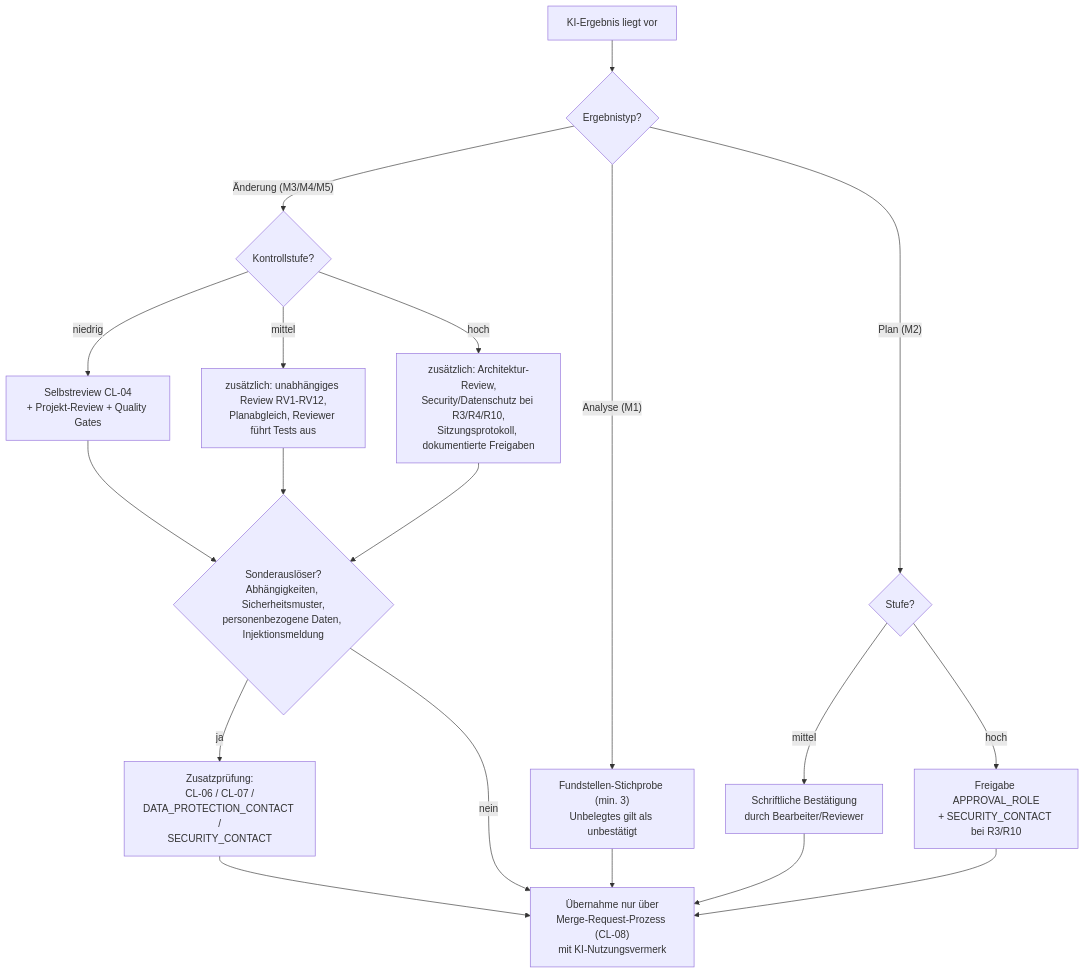
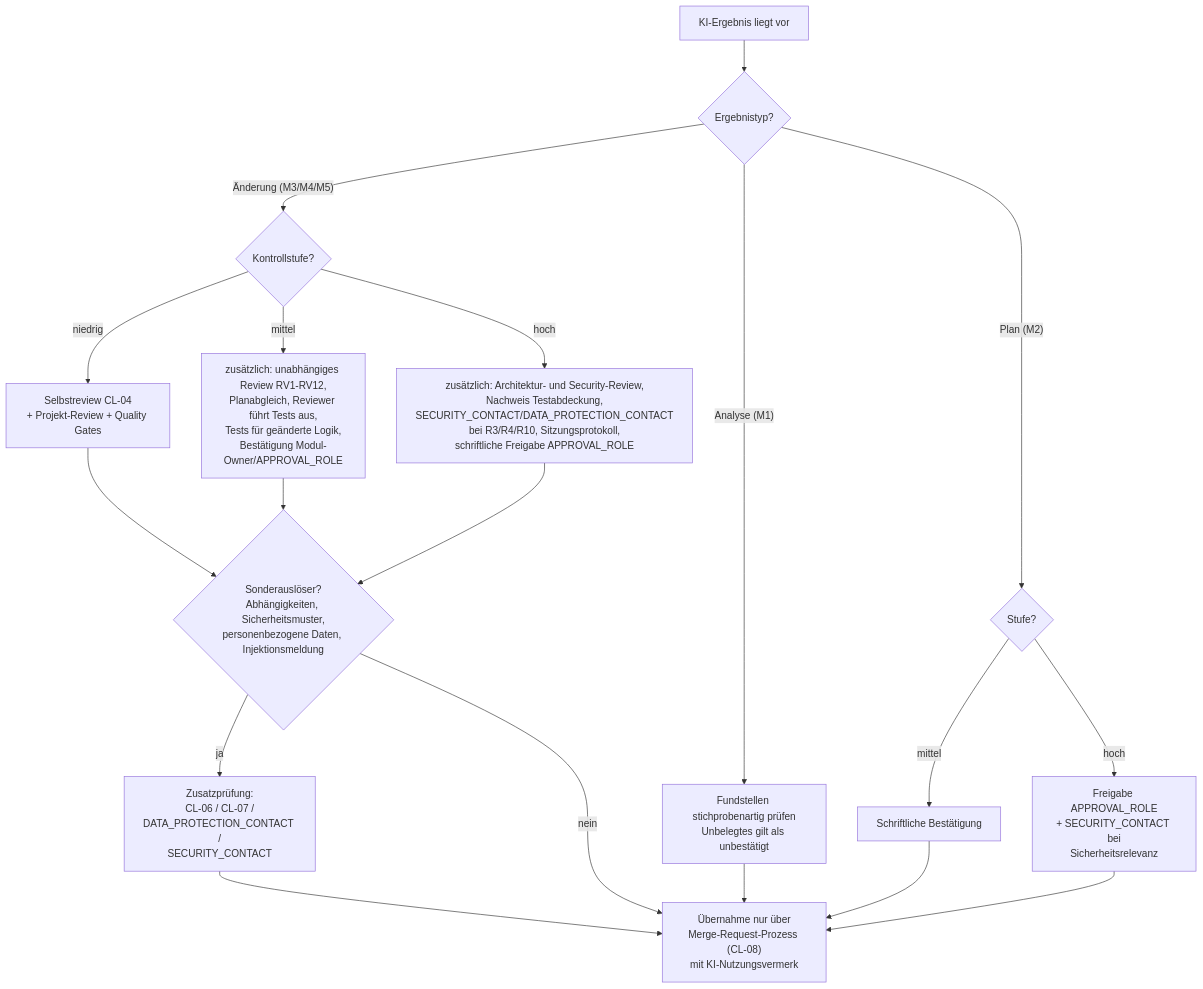
The diagram in .koolie/core/decision-trees/04-required-review.md (Renoxar/koolie), drawn with Mermaid before and after one commit. The commit also changed other lines of this file and 78 other files, not shown here.

````diff
--- a/.koolie/core/decision-trees/04-required-review.md
+++ b/.koolie/core/decision-trees/04-required-review.md
@@ -25,20 +25,20 @@
 ```mermaid
 flowchart TD
     A["KI-Ergebnis liegt vor"] --> B{"Ergebnistyp?"}
-    B -- "Analyse (M1)" --> C["Fundstellen-Stichprobe (min. 3)<br/>Unbelegtes gilt als unbestätigt"]
+    B -- "Analyse (M1)" --> C["Fundstellen stichprobenartig prüfen<br/>Unbelegtes gilt als unbestätigt"]
     B -- "Plan (M2)" --> D{"Stufe?"}
-    D -- "mittel" --> D1["Schriftliche Bestätigung<br/>durch Bearbeiter/Reviewer"]
-    D -- "hoch" --> D2["Freigabe APPROVAL_ROLE<br/>+ SECURITY_CONTACT bei R3/R10"]
+    D -- "mittel" --> D1["Schriftliche Bestätigung"]
+    D -- "hoch" --> D2["Freigabe APPROVAL_ROLE<br/>+ SECURITY_CONTACT bei<br/>Sicherheitsrelevanz"]
     B -- "Änderung (M3/M4/M5)" --> E{"Kontrollstufe?"}
     E -- "niedrig" --> F["Selbstreview CL-04<br/>+ Projekt-Review + Quality Gates"]
-    E -- "mittel" --> G["zusätzlich: unabhängiges Review RV1-RV12,<br/>Planabgleich, Reviewer führt Tests aus"]
-    E -- "hoch" --> H["zusätzlich: Architektur-Review,<br/>Security/Datenschutz bei R3/R4/R10,<br/>Sitzungsprotokoll, dokumentierte Freigaben"]
+    E -- "mittel" --> G["zusätzlich: unabhängiges Review RV1-RV12,<br/>Planabgleich, Reviewer führt Tests aus,<br/>Tests für geänderte Logik,<br/>Bestätigung Modul-Owner/APPROVAL_ROLE"]
+    E -- "hoch" --> H["zusätzlich: Architektur- und Security-Review,<br/>Nachweis Testabdeckung,<br/>SECURITY_CONTACT/DATA_PROTECTION_CONTACT<br/>bei R3/R4/R10, Sitzungsprotokoll,<br/>schriftliche Freigabe APPROVAL_ROLE"]
     F --> I{"Sonderauslöser?<br/>Abhängigkeiten, Sicherheitsmuster,<br/>personenbezogene Daten, Injektionsmeldung"}
     G --> I
     H --> I
     I -- "ja" --> J["Zusatzprüfung:<br/>CL-06 / CL-07 /<br/>DATA_PROTECTION_CONTACT /<br/>SECURITY_CONTACT"] --> K
     I -- "nein" --> K["Übernahme nur über<br/>Merge-Request-Prozess (CL-08)<br/>mit KI-Nutzungsvermerk"]
     C --> K
     D1 --> K
     D2 --> K
 ```
````
